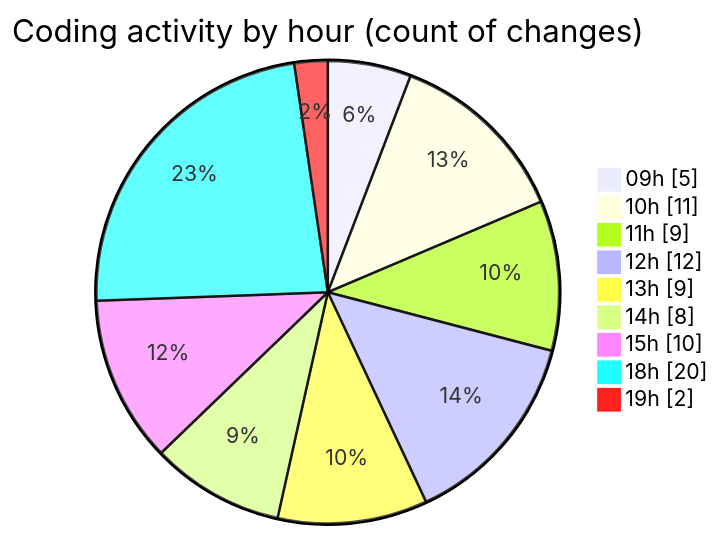
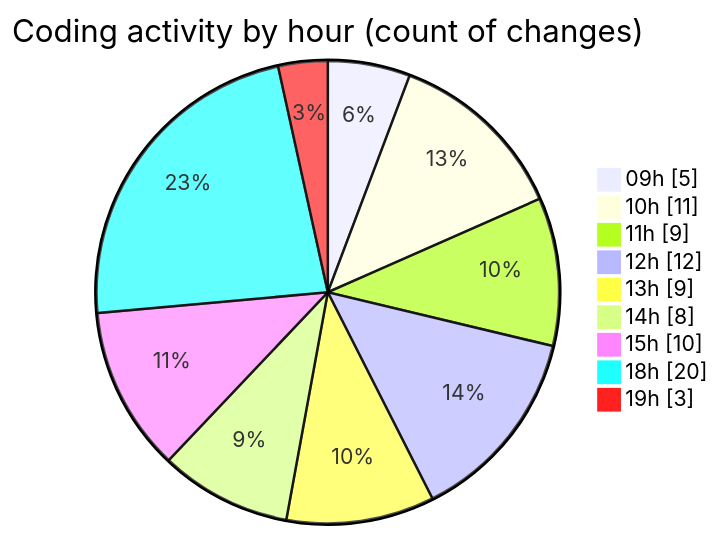
Before and after one commit to momahboobian/code-tracking: the second of 2 diagrams in 2025-03-11/cda/README.md, drawn with Mermaid. The commit also changed other lines of this file and 1 other file, not shown here.

````diff
--- a/2025-03-11/cda/README.md
+++ b/2025-03-11/cda/README.md
@@ -46,13 +46,13 @@
 ```mermaid
 pie showData
 title Coding activity by hour (count of changes)
 "09h" : 5
 "10h" : 11
 "11h" : 9
 "12h" : 12
 "13h" : 9
 "14h" : 8
 "15h" : 10
 "18h" : 20
-"19h" : 2
+"19h" : 3
 ```
````
